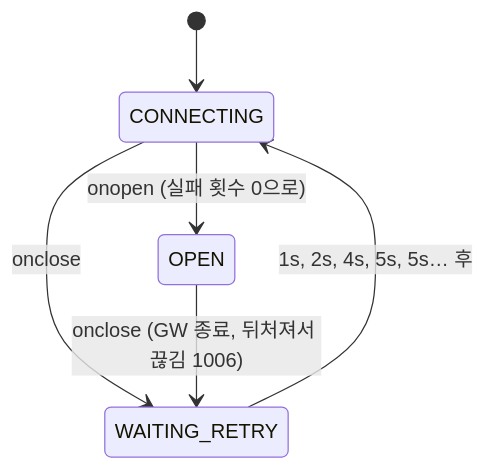
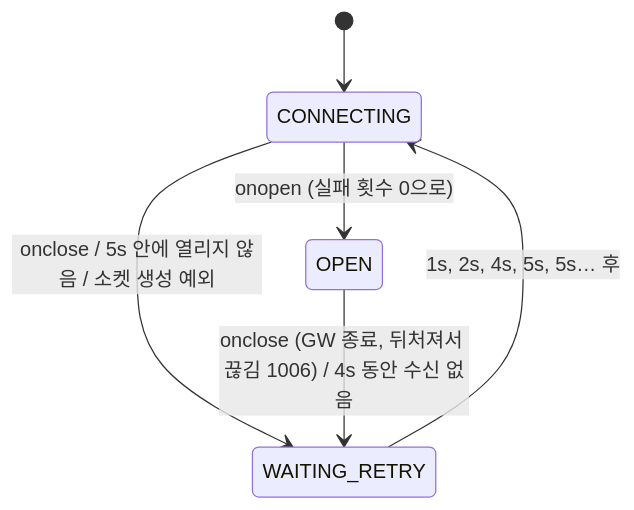
One commit to PuniPaw/ugv-control-hmi changed the sixth of 6 diagrams in docs/03_SDD.md. Above: the diagram before and after it, drawn with Mermaid. The commit also changed other lines of this file and 6 other files, not shown here.

````diff
--- a/docs/03_SDD.md
+++ b/docs/03_SDD.md
@@ -217,8 +231,8 @@
 ```mermaid
 stateDiagram-v2
     [*] --> CONNECTING
     CONNECTING --> OPEN: onopen (실패 횟수 0으로)
-    CONNECTING --> WAITING_RETRY: onclose
-    OPEN --> WAITING_RETRY: onclose (GW 종료, 뒤처져서 끊김 1006)
+    CONNECTING --> WAITING_RETRY: onclose / 5s 안에 열리지 않음 / 소켓 생성 예외
+    OPEN --> WAITING_RETRY: onclose (GW 종료, 뒤처져서 끊김 1006) / 4s 동안 수신 없음
     WAITING_RETRY --> CONNECTING: 1s, 2s, 4s, 5s, 5s… 후
 ```
````
